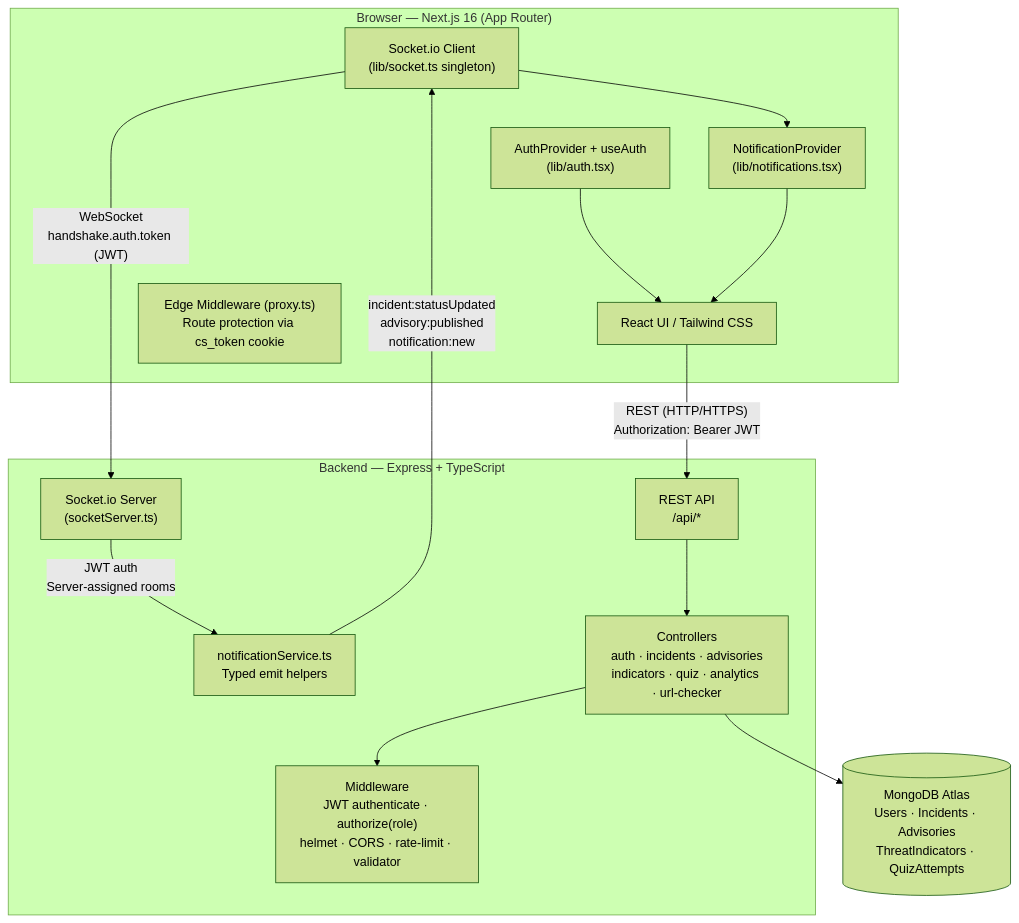
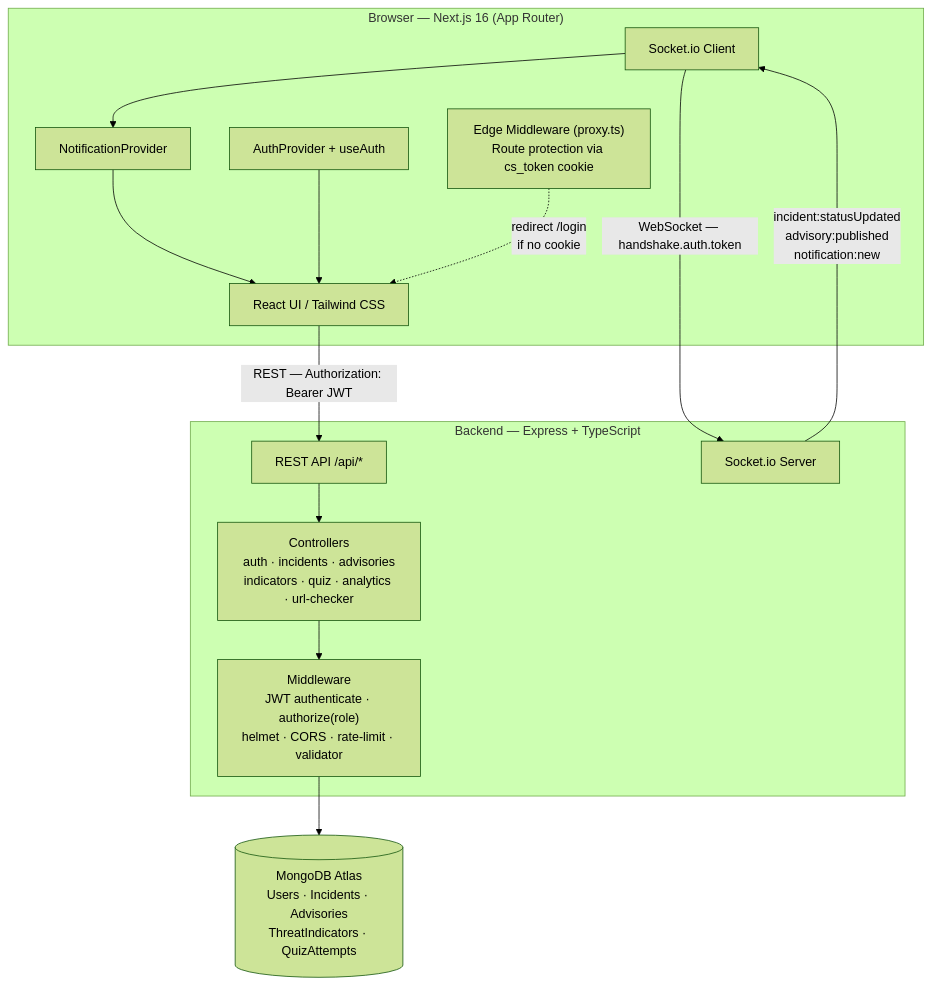
Before and after one commit to krcyph/cybershield-campus: the diagram in README.md, drawn with Mermaid (forest theme). The commit also changed other lines of this file and 1 other file, not shown here.

````diff
--- a/README.md
+++ b/README.md
@@ -111,31 +119,27 @@
 ```mermaid
 graph TD
     subgraph Browser["Browser — Next.js 16 (App Router)"]
         UI["React UI / Tailwind CSS"]
         MW["Edge Middleware (proxy.ts)\nRoute protection via cs_token cookie"]
-        SIO_C["Socket.io Client\n(lib/socket.ts singleton)"]
-        AUTH_C["AuthProvider + useAuth\n(lib/auth.tsx)"]
-        NOTIF["NotificationProvider\n(lib/notifications.tsx)"]
+        SIO_C["Socket.io Client"]
+        AUTH_C["AuthProvider + useAuth"]
+        NOTIF["NotificationProvider"]
     end
 
     subgraph Backend["Backend — Express + TypeScript"]
-        API["REST API\n/api/*"]
-        SIO_S["Socket.io Server\n(socketServer.ts)"]
-        NOTIF_SVC["notificationService.ts\nTyped emit helpers"]
+        API["REST API  /api/*"]
+        SIO_S["Socket.io Server"]
         CTRL["Controllers\nauth · incidents · advisories\nindicators · quiz · analytics · url-checker"]
         MDLW["Middleware\nJWT authenticate · authorize(role)\nhelmet · CORS · rate-limit · validator"]
     end
 
     DB[("MongoDB Atlas\nUsers · Incidents · Advisories\nThreatIndicators · QuizAttempts")]
 
-    UI -- "REST (HTTP/HTTPS)\nAuthorization: Bearer JWT" --> API
-    SIO_C -- "WebSocket\nhandshake.auth.token (JWT)" --> SIO_S
-    API --> CTRL
-    CTRL --> MDLW
-    CTRL --> DB
-    SIO_S -- "JWT auth\nServer-assigned rooms" --> NOTIF_SVC
-    NOTIF_SVC -- "incident:statusUpdated\nadvisory:published\nnotification:new" --> SIO_C
-    SIO_C --> NOTIF
+    UI -- "REST — Authorization: Bearer JWT" --> API
+    SIO_C -- "WebSocket — handshake.auth.token" --> SIO_S
+    API --> CTRL --> MDLW --> DB
+    SIO_S -- "incident:statusUpdated\nadvisory:published\nnotification:new" --> SIO_C
+    SIO_C --> NOTIF --> UI
     AUTH_C --> UI
-    NOTIF --> UI
+    MW -. "redirect /login\nif no cookie" .-> UI
 ```
````
